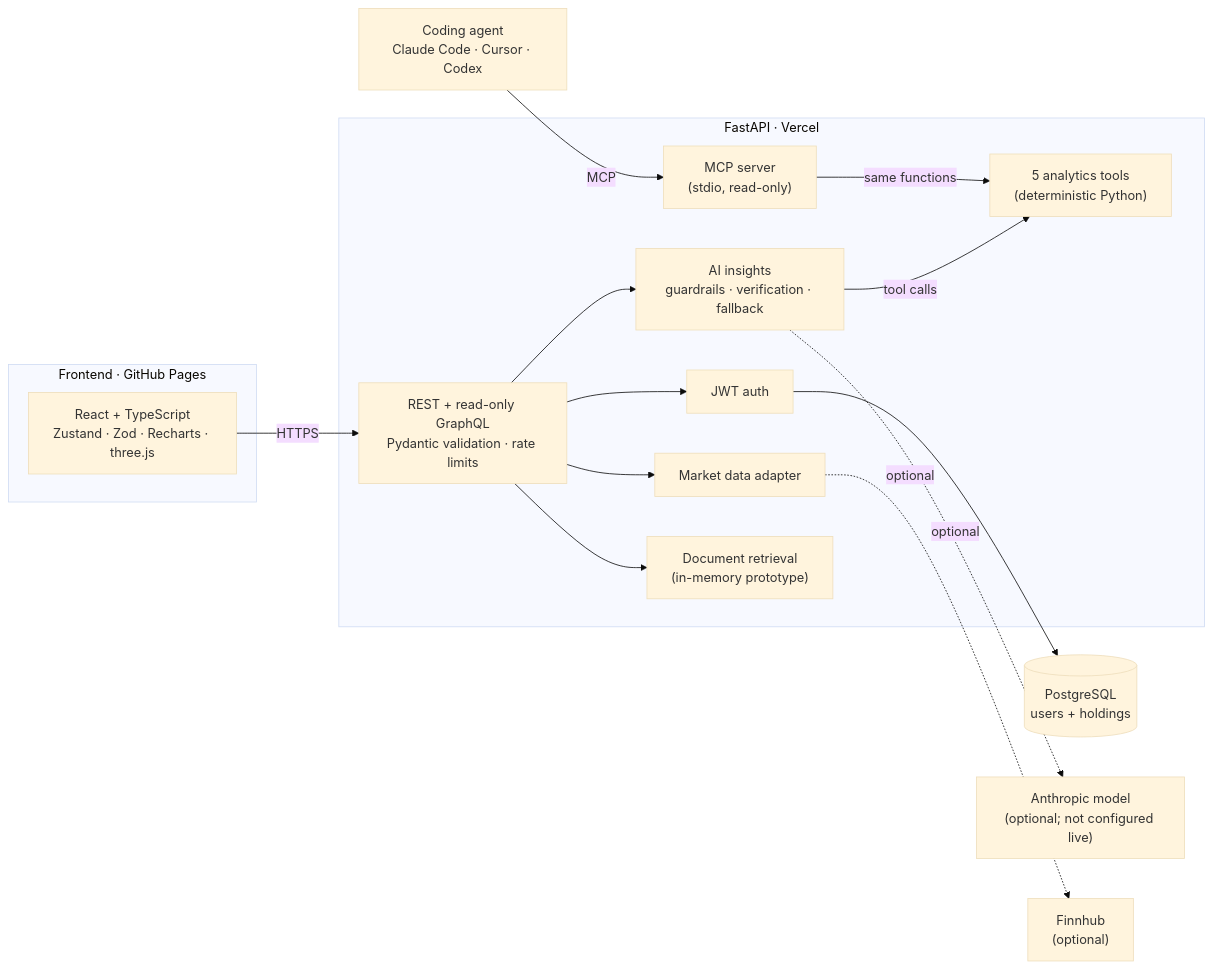
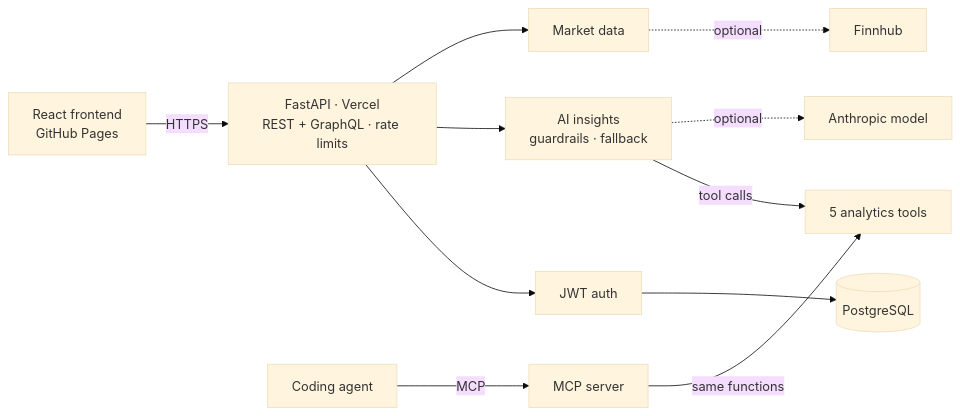
Before and after one commit to FarnazNK/finvision: the first of 2 diagrams in README.md, drawn with Mermaid (base theme). The commit also changed other lines of this file and 1 other file, not shown here.

First line of the commit message:
docs: tighten the README (2.8k → 1.4k words), fix stale counts and live status

````diff
--- a/README.md
+++ b/README.md
@@ -78,29 +43,9 @@
 ```mermaid
 flowchart LR
-    subgraph FE["Frontend · GitHub Pages"]
-        UI["React + TypeScript<br/>Zustand · Zod · Recharts · three.js"]
-    end
-
-    subgraph BE["FastAPI · Vercel"]
-        API["REST + read-only GraphQL<br/>Pydantic validation · rate limits"]
-        Auth["JWT auth"]
-        Insights["AI insights<br/>guardrails · verification · fallback"]
-        Tools["5 analytics tools<br/>(deterministic Python)"]
-        MCP["MCP server<br/>(stdio, read-only)"]
-        Market["Market data adapter"]
-        Research["Document retrieval<br/>(in-memory prototype)"]
-    end
-
-    DB[("PostgreSQL<br/>users + holdings")]
-    LLM["Anthropic model<br/>(optional; not configured live)"]
-    Agent["Coding agent<br/>Claude Code · Cursor · Codex"]
-    Finnhub["Finnhub<br/>(optional)"]
-
-    UI -->|HTTPS| API
-    API --> Auth --> DB
-    API --> Insights -->|tool calls| Tools
-    Insights -.->|optional| LLM
-    API --> Market -.->|optional| Finnhub
-    API --> Research
-    Agent -->|MCP| MCP -->|same functions| Tools
+    UI["React frontend<br/>GitHub Pages"] -->|HTTPS| API["FastAPI · Vercel<br/>REST + GraphQL · rate limits"]
+    API --> Auth["JWT auth"] --> DB[("PostgreSQL")]
+    API --> Insights["AI insights<br/>guardrails · fallback"] -->|tool calls| Tools["5 analytics tools"]
+    Insights -.->|optional| LLM["Anthropic model"]
+    API --> Market["Market data"] -.->|optional| Finnhub["Finnhub"]
+    Agent["Coding agent"] -->|MCP| MCP["MCP server"] -->|same functions| Tools
 ```
````
